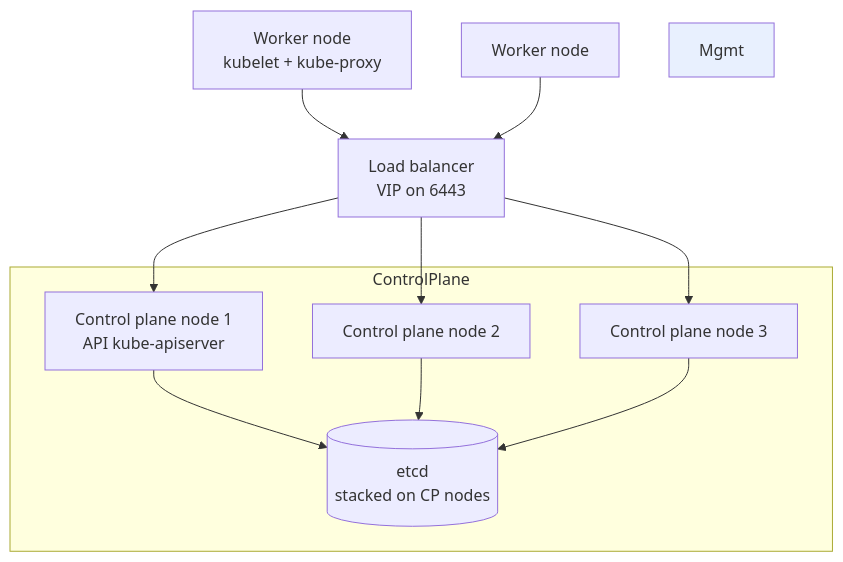
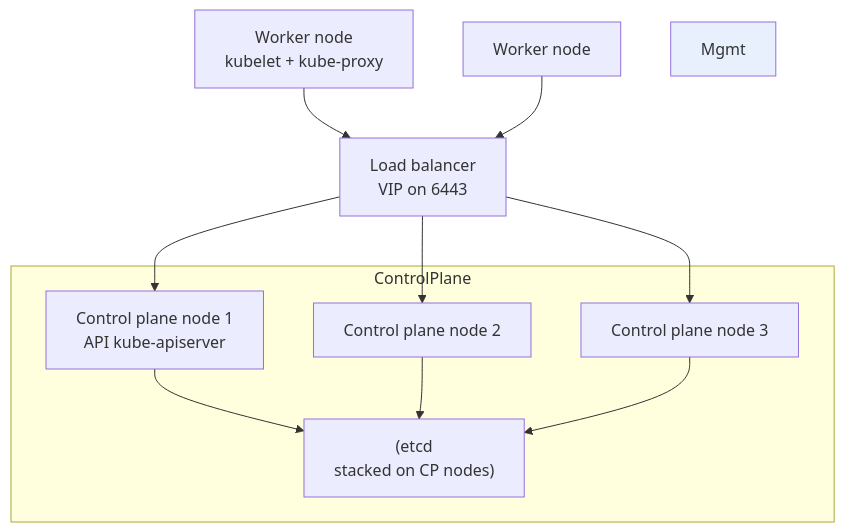
One commit to WhoisMonesh/K8S-Everything changed the diagram in 08-cluster-operations/kubeadm.md. Above: the diagram before and after it, drawn with Mermaid. The commit also changed 62 other files, not shown here.

First line of the commit message:
Fix all Mermaid diagrams for GitHub compatibility

````diff
--- a/08-cluster-operations/kubeadm.md
+++ b/08-cluster-operations/kubeadm.md
@@ -7,14 +7,14 @@
 ```mermaid
 graph TD
     LB[Load balancer<br/>VIP on 6443] --> CP1[Control plane node 1<br/>API kube-apiserver]
     LB --> CP2[Control plane node 2]
     LB --> CP3[Control plane node 3]
-    subgraph ControlPlane
-        CP1 --> ETCD[(etcd<br/>stacked on CP nodes)]
+    subgraph "ControlPlane"
+        CP1 --> ETCD["(etcd<br/>stacked on CP nodes)"]
         CP2 --> ETCD
         CP3 --> ETCD
     end
     W1[Worker node<br/>kubelet + kube-proxy] --> LB
     W2[Worker node] --> LB
     style Mgmt fill:#e8f0fe
 ```
````
